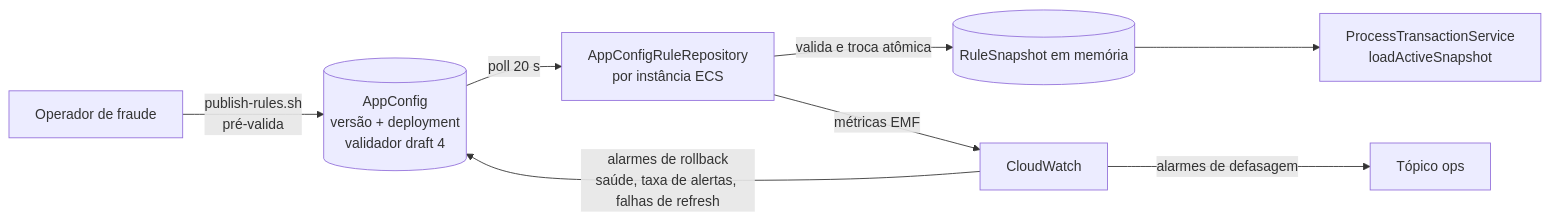
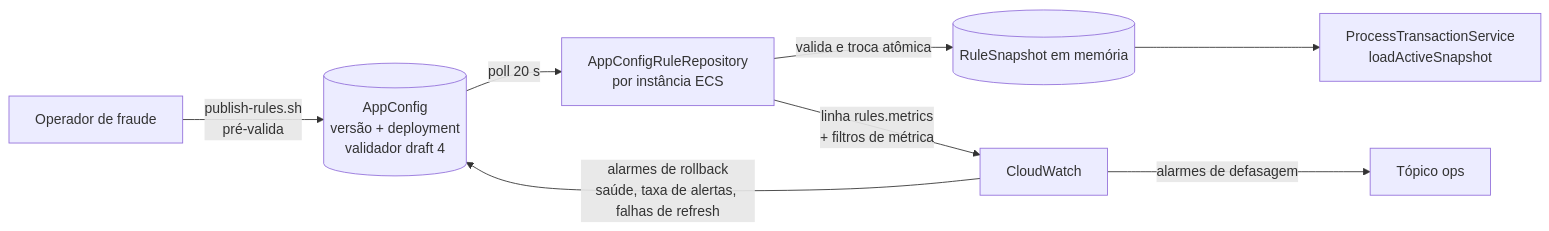
The diagram in specs/002-appconfig-dynamic-rules/plan.md (walissonsilva/real-time-fraud-detector), drawn with Mermaid before and after one commit. The commit also changed other lines of this file and 7 other files, not shown here.

````diff
--- a/specs/002-appconfig-dynamic-rules/plan.md
+++ b/specs/002-appconfig-dynamic-rules/plan.md
@@ -20,10 +20,10 @@
 ```mermaid
 flowchart LR
     OP[Operador de fraude] -->|publish-rules.sh<br/>pré-valida| AC[(AppConfig<br/>versão + deployment<br/>validador draft 4)]
     AC -->|poll 20 s| RP[AppConfigRuleRepository<br/>por instância ECS]
     RP -->|valida e troca atômica| SN[(RuleSnapshot em memória)]
     SN --> PT[ProcessTransactionService<br/>loadActiveSnapshot]
-    RP -->|métricas EMF| CW[CloudWatch]
+    RP -->|linha rules.metrics<br/>+ filtros de métrica| CW[CloudWatch]
     CW -->|alarmes de rollback<br/>saúde, taxa de alertas, falhas de refresh| AC
     CW -->|alarmes de defasagem| OPS[Tópico ops]
 ```
````
